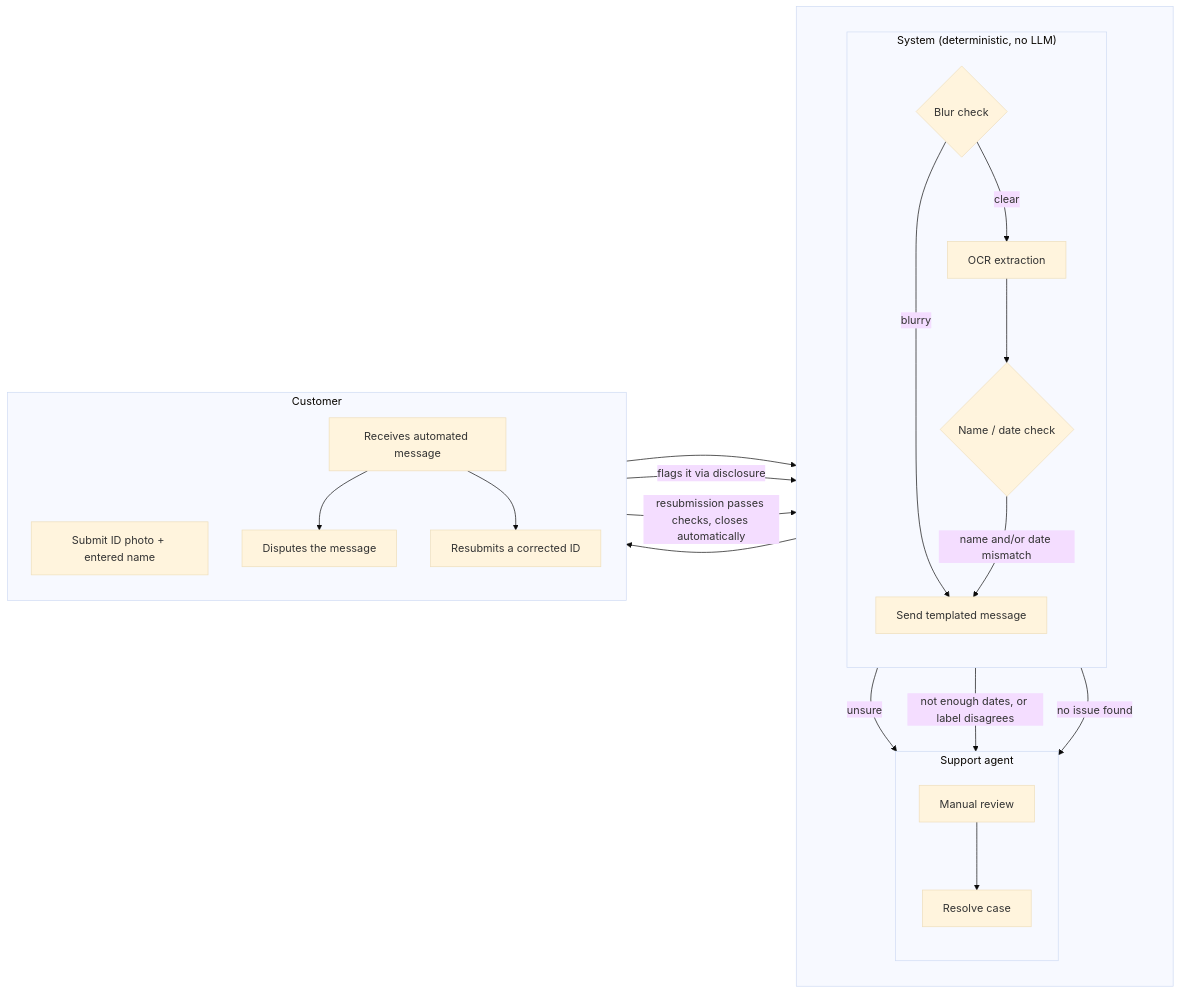
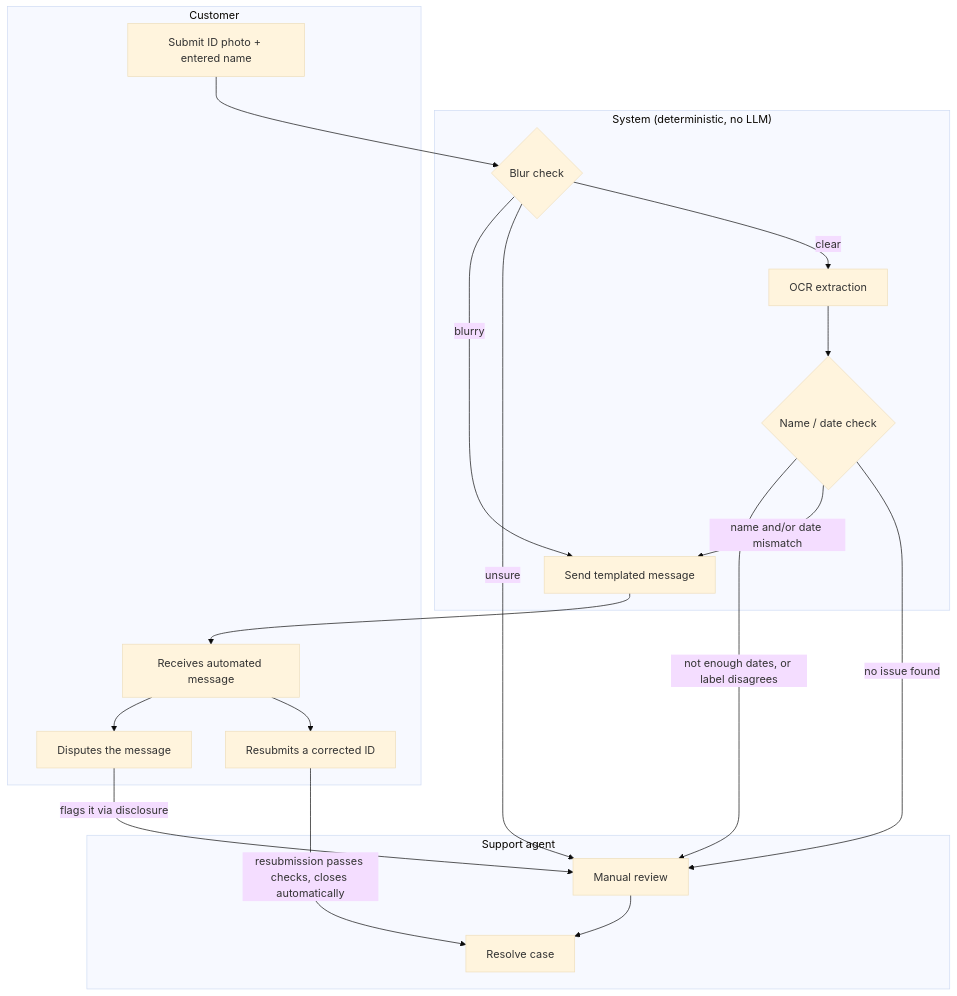
The diagram in README.md (SalsabeelNasr/voltify), drawn with Mermaid (base theme) before and after one commit.

Commit message:
Revert flowchart to portrait (TD) layout
The LR/nested-direction version read as a wide landscape chart, harder
to follow than the simple top-down version. Back to flowchart TD with
System, Support, Customer as plain top-level subgraphs, letting Mermaid
lay it out naturally. Kept the simplified auto-close edge (straight to
Resolve case).

Claude-Session: https://claude.ai/code/session_01SyrBoPaHeRkH9tmQ5qLrBP

````diff
--- a/README.md
+++ b/README.md
@@ -12,42 +12,36 @@
 ```mermaid
-flowchart LR
-    subgraph Team[" "]
-        direction TB
-        subgraph System["System (deterministic, no LLM)"]
-            direction TB
-            B{Blur check}
-            C[OCR extraction]
-            D{Name / date check}
-            E[Send templated message]
-        end
+flowchart TD
+    subgraph System["System (deterministic, no LLM)"]
+        B{Blur check}
+        C[OCR extraction]
+        D{Name / date check}
+        E[Send templated message]
+    end
 
-        subgraph Support["Support agent"]
-            direction TB
-            F[Manual review]
-            G[Resolve case]
-        end
+    subgraph Support["Support agent"]
+        F[Manual review]
+        G[Resolve case]
     end
 
     subgraph Customer
-        direction TB
         A[Submit ID photo + entered name]
         H[Receives automated message]
         I[Disputes the message]
         K[Resubmits a corrected ID]
     end
 
     A --> B
     B -->|blurry| E
     B -->|unsure| F
     B -->|clear| C
     C --> D
     D -->|not enough dates, or label disagrees| F
     D -->|name and/or date mismatch| E
     D -->|no issue found| F
     E --> H
     H --> I
     H --> K
     I -->|flags it via disclosure| F
     K -->|resubmission passes checks, closes automatically| G
     F --> G
 ```
````
